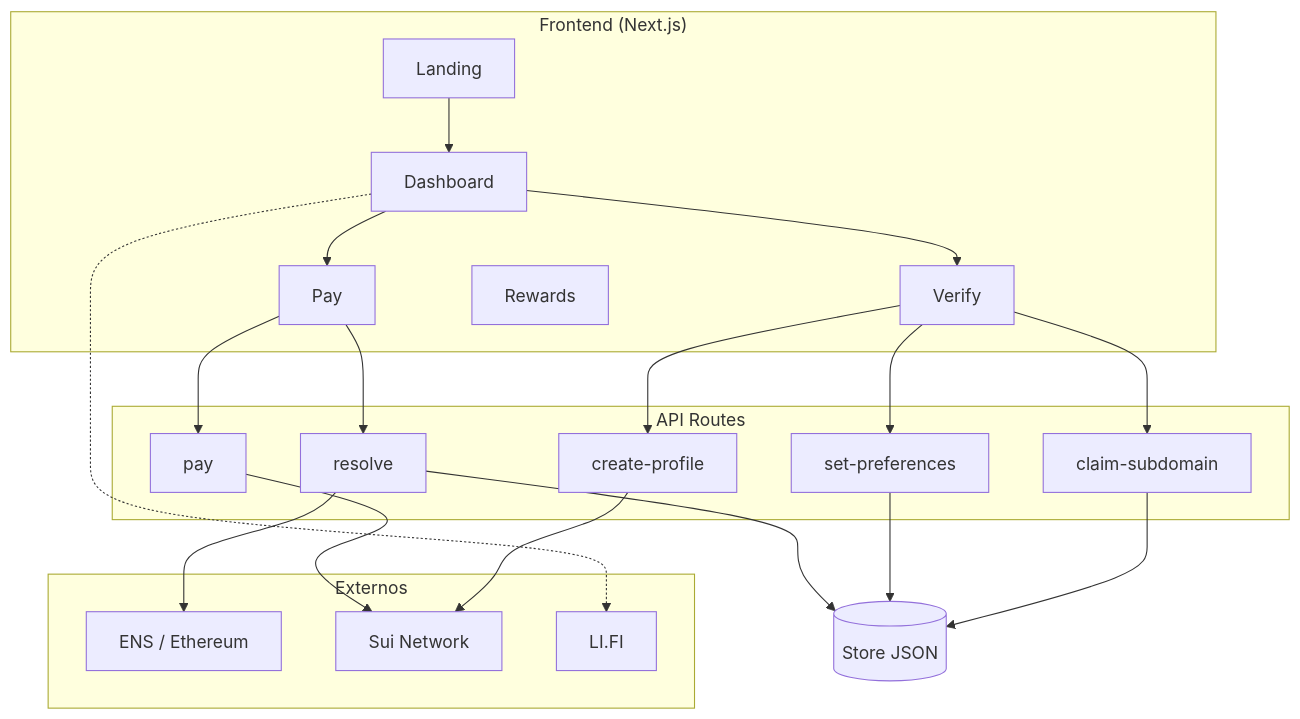
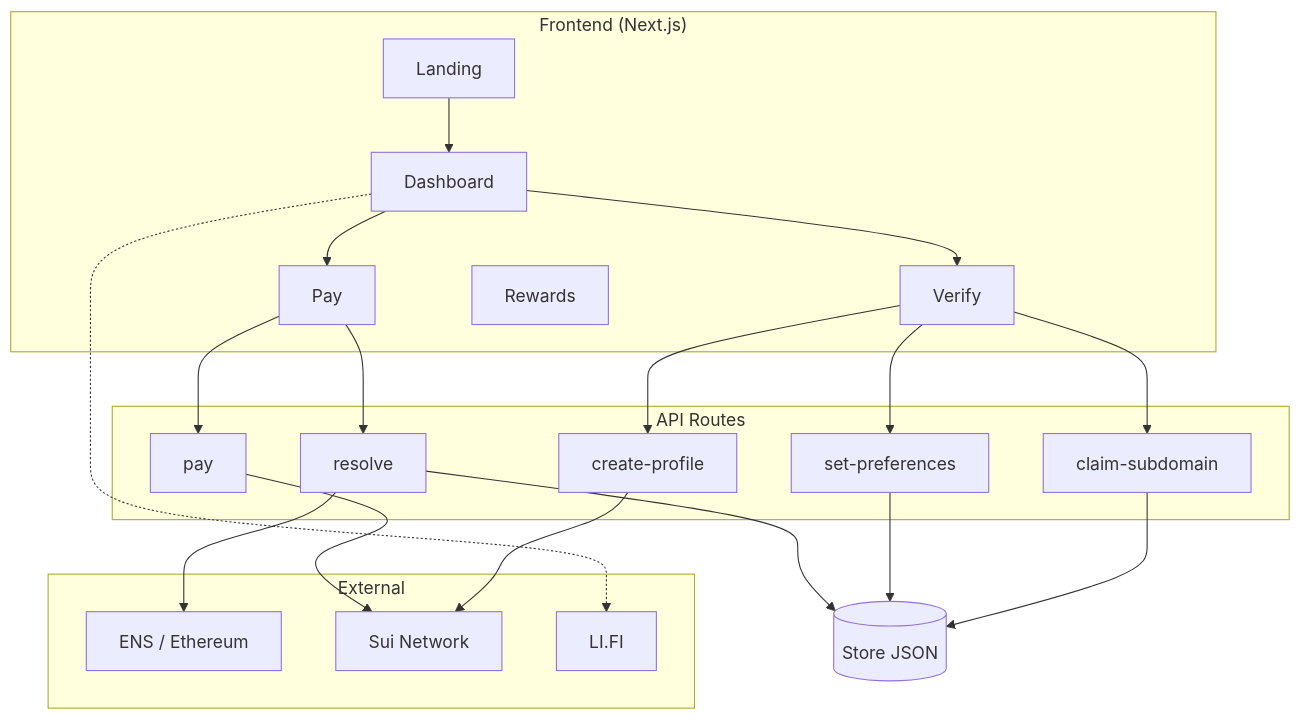
The fifth of 5 diagrams in README.md (SegFaultPapi/cashback-id), drawn with Mermaid before and after one commit. The commit also changed other lines of this file, not shown here.

Commit message:
docs: README in English, fix Pay Mermaid diagram (semicolon parse error)

````diff
--- a/README.md
+++ b/README.md
@@ -111,40 +111,40 @@
 ```mermaid
 flowchart TB
   subgraph Client["Frontend (Next.js)"]
     Landing[Landing]
     Dashboard[Dashboard]
     Verify[Verify]
     Pay[Pay]
     Rewards[Rewards]
   end
 
   subgraph APIs["API Routes"]
     Claim[claim-subdomain]
     Prefs[set-preferences]
     Resolve[resolve]
     CreateProfile[create-profile]
     PayAPI[pay]
   end
 
-  subgraph External["Externos"]
+  subgraph External["External"]
     ENS[ENS / Ethereum]
     Sui[Sui Network]
     LiFi[LI.FI]
   end
 
   Landing --> Dashboard
   Dashboard --> Pay
   Dashboard --> Verify
   Verify --> Claim
   Verify --> Prefs
   Verify --> CreateProfile
   Pay --> Resolve
   Pay --> PayAPI
   Claim --> Store[(Store JSON)]
   Prefs --> Store
   Resolve --> Store
   Resolve --> ENS
   CreateProfile --> Sui
   PayAPI --> Sui
   Dashboard -.-> LiFi
 ```
````
